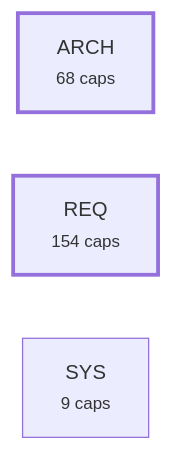
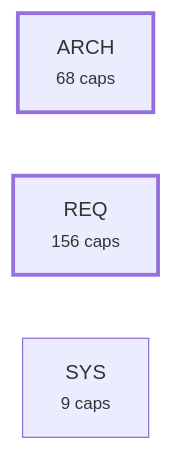
The fourth of 5 diagrams in plugin/requirements/_map.md (alxmax/Requirement-manager), drawn with Mermaid before and after one commit. The commit also changed other lines of this file and 15 other files, not shown here.

````diff
--- a/plugin/requirements/_map.md
+++ b/plugin/requirements/_map.md
@@ -942,8 +944,8 @@
 ```mermaid
 graph LR
   a_ARCH["ARCH<br><small>68 caps</small>"]
-  a_REQ["REQ<br><small>154 caps</small>"]
+  a_REQ["REQ<br><small>156 caps</small>"]
   a_SYS["SYS<br><small>9 caps</small>"]
   style a_ARCH stroke-width:3px
   style a_REQ stroke-width:3px
 ```
````
